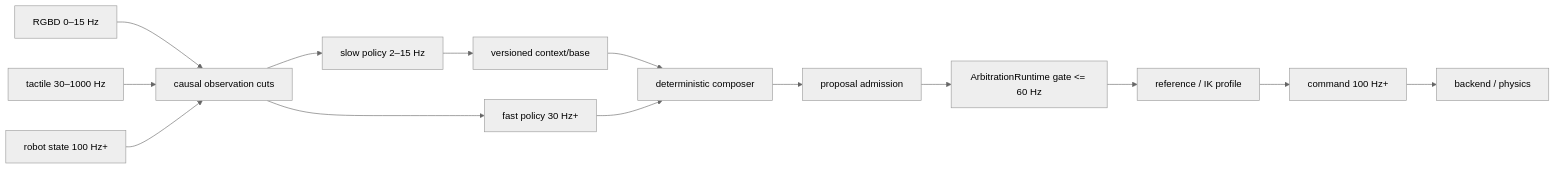
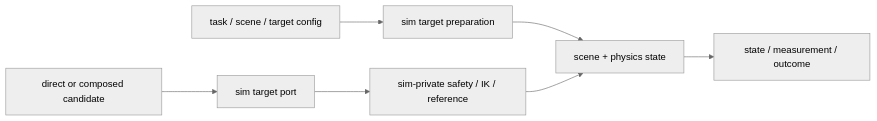
Before and after one commit to xiaopangxiexyg/AgenticRobot: the sixth of 9 diagrams in docs/architecture/dexteleop_architecture_visual_guide.md, drawn with Mermaid (neutral theme). The commit also changed other lines of this file and 3 other files, not shown here.

Commit message:
docs: refresh the architecture visual guide

````diff
--- a/docs/architecture/dexteleop_architecture_visual_guide.md
+++ b/docs/architecture/dexteleop_architecture_visual_guide.md
@@ -694,16 +194,9 @@
 ```mermaid
 flowchart LR
-    RGBD["RGBD 0–15 Hz"] --> Cuts["causal observation cuts"]
-    Tactile["tactile 30–1000 Hz"] --> Cuts
-    State["robot state 100 Hz+"] --> Cuts
-    Cuts --> Slow["slow policy 2–15 Hz"]
-    Cuts --> Fast["fast policy 30 Hz+"]
-    Slow --> Context["versioned context/base"]
-    Context --> Composer["deterministic composer"]
-    Fast --> Composer
-    Composer --> Proposals["proposal admission"]
-    Proposals --> Gate["ArbitrationRuntime gate <= 60 Hz"]
-    Gate --> Ref["reference / IK profile"]
-    Ref --> Cmd["command 100 Hz+"]
-    Cmd --> Physics["backend / physics"]
+    Config["task / scene / target config"] --> Prep["sim target preparation"]
+    Prep --> Physics["scene + physics state"]
+    Candidate["direct or composed candidate"] --> Port["sim target port"]
+    Port --> Safety["sim-private safety / IK / reference"]
+    Safety --> Physics
+    Physics --> Obs["state / measurement / outcome"]
 ```
````
